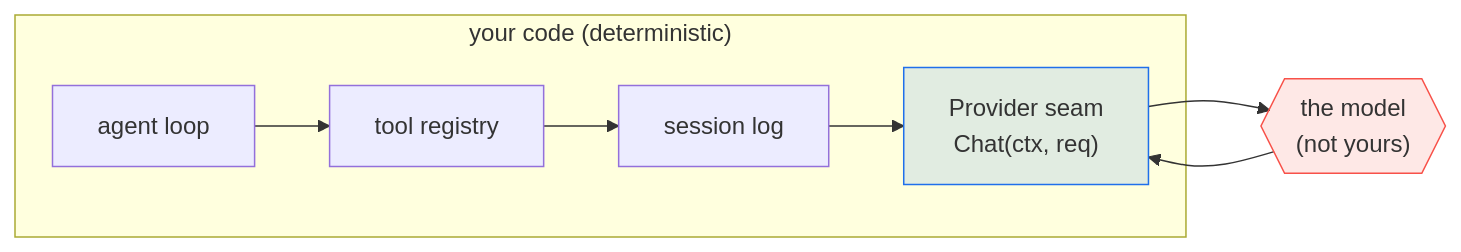
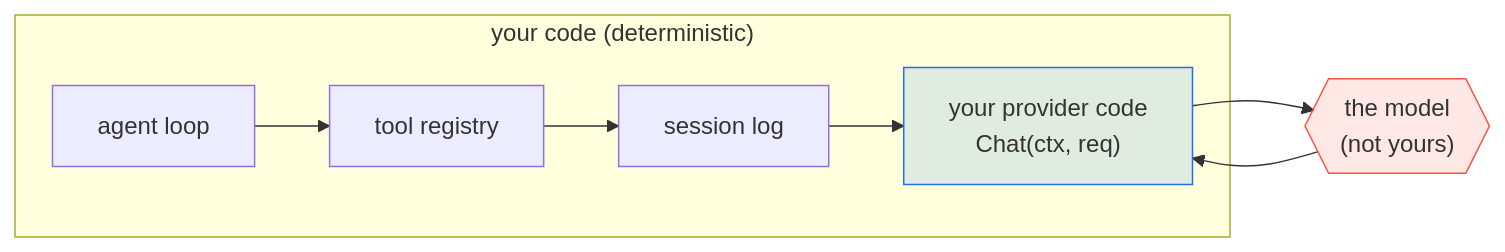
One commit to theakhandpatel/kata changed the first of 2 diagrams in chapters/01-chat-with-the-model/overview.md. Above: the diagram before and after it, drawn with Mermaid. The commit also changed other lines of this file and 4 other files, not shown here.

````diff
--- a/chapters/01-chat-with-the-model/overview.md
+++ b/chapters/01-chat-with-the-model/overview.md
@@ -22,13 +22,13 @@
 ```mermaid
 flowchart LR
     subgraph yours["your code (deterministic)"]
         L[agent loop] --> T[tool registry]
         T --> S[session log]
         S --> P
     end
-    P["Provider seam<br/>Chat(ctx, req)"] --> M{{"the model<br/>(not yours)"}}
+    P["your provider code<br/>Chat(ctx, req)"] --> M{{"the model<br/>(not yours)"}}
     M --> P
 
     style P fill:#1f6feb22,stroke:#1f6feb
     style M fill:#f8514922,stroke:#f85149
 ```
````
